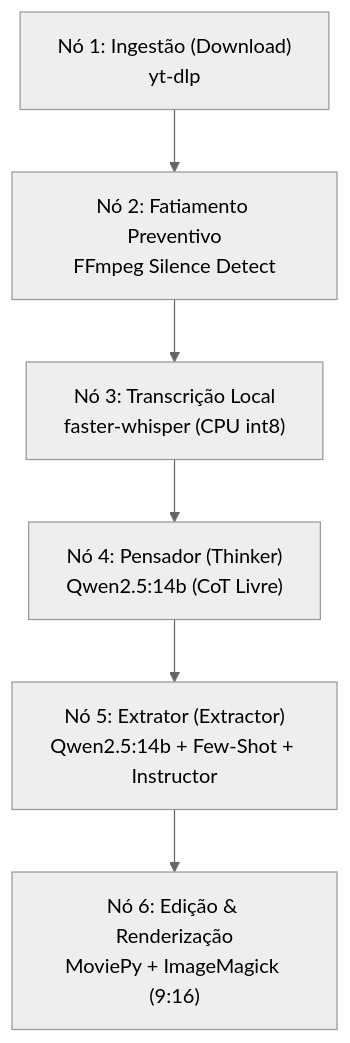
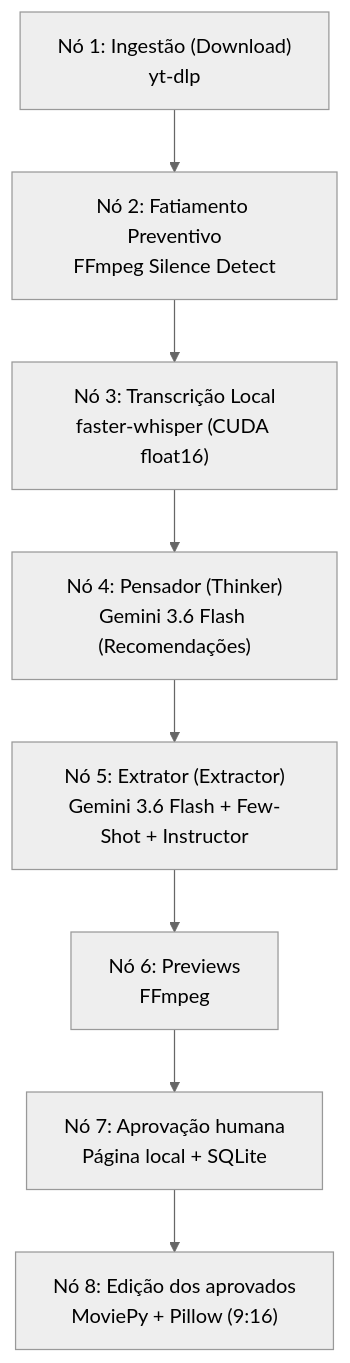
One commit to SegantinDavi/agent-clipper changed the diagram in README.md. Above: the diagram before and after it, drawn with Mermaid (neutral theme). The commit also changed other lines of this file and 20 other files, not shown here.

````diff
--- a/README.md
+++ b/README.md
@@ -13,8 +13,10 @@
 ```mermaid
 flowchart TD
     A["Nó 1: Ingestão (Download)<br>yt-dlp"] --> B["Nó 2: Fatiamento Preventivo<br>FFmpeg Silence Detect"]
-    B --> C["Nó 3: Transcrição Local<br>faster-whisper (CPU int8)"]
-    C --> D["Nó 4: Pensador (Thinker)<br>Qwen2.5:14b (CoT Livre)"]
-    D --> E["Nó 5: Extrator (Extractor)<br>Qwen2.5:14b + Few-Shot + Instructor"]
-    E --> F["Nó 6: Edição & Renderização<br>MoviePy + ImageMagick (9:16)"]
+    B --> C["Nó 3: Transcrição Local<br>faster-whisper (CUDA float16)"]
+    C --> D["Nó 4: Pensador (Thinker)<br>Gemini 3.6 Flash (Recomendações)"]
+    D --> E["Nó 5: Extrator (Extractor)<br>Gemini 3.6 Flash + Few-Shot + Instructor"]
+    E --> P["Nó 6: Previews<br>FFmpeg"]
+    P --> R["Nó 7: Aprovação humana<br>Página local + SQLite"]
+    R --> F["Nó 8: Edição dos aprovados<br>MoviePy + Pillow (9:16)"]
 ```
````
